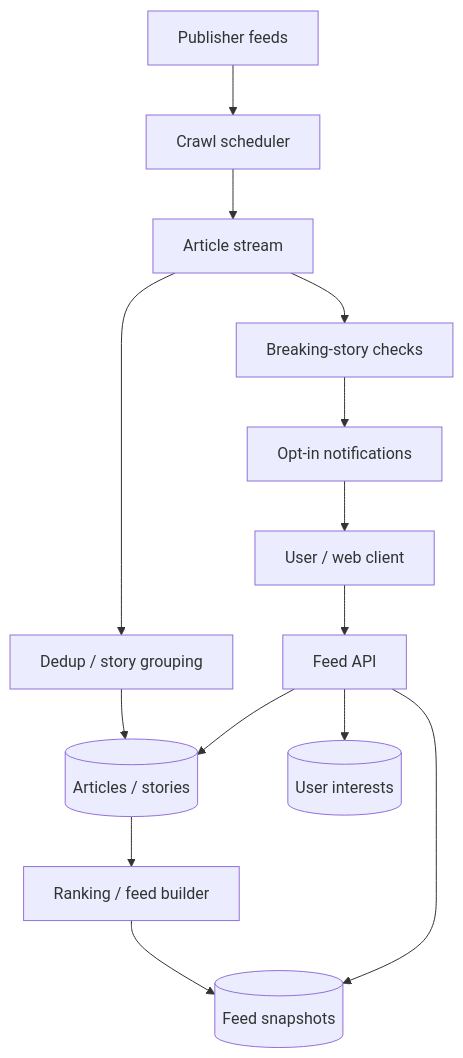
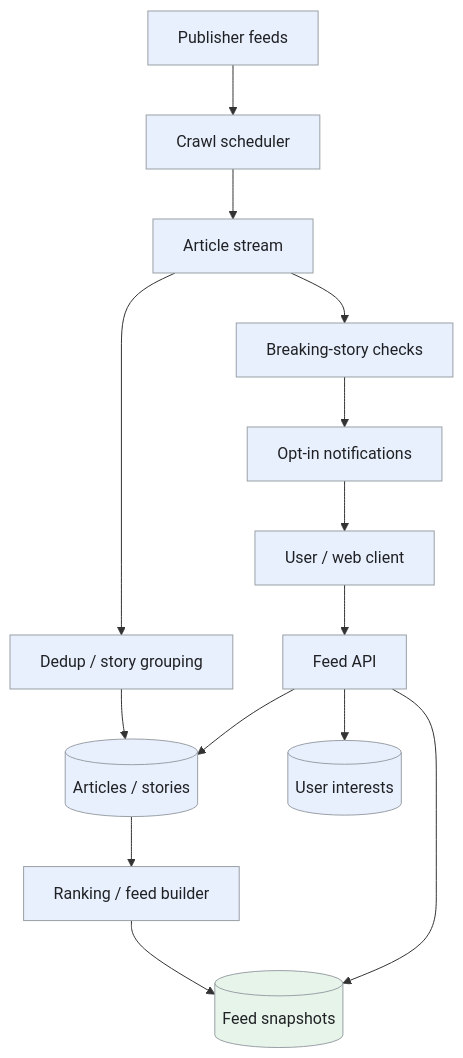
Before and after one commit to iliazlobin/iliazlobin.github.io: the first of 3 diagrams in _designs/system-design-google-news.md, drawn with Mermaid. The commit also changed other lines of this file and 20 other files, not shown here.

Commit message:
Improve design flows, tradeoffs, and technology references

````diff
--- a/_designs/system-design-google-news.md
+++ b/_designs/system-design-google-news.md
@@ -138,16 +138,21 @@
 ```mermaid
 flowchart TB
   PUB["Publisher feeds"] --> C["Crawl scheduler"]
   C --> E["Article stream"]
   E --> D["Dedup / story grouping"]
   D --> DB[("Articles / stories")]
   DB --> R["Ranking / feed builder"]
   R --> CACHE[("Feed snapshots")]
   U["User / web client"] --> API["Feed API"]
   API --> CACHE
   API --> DB
   API --> PROFILE[("User interests")]
   E --> BREAK["Breaking-story checks"]
   BREAK --> N["Opt-in notifications"]
   N --> U
+  classDef request fill:#e8f0fe,stroke:#9aa0a6,color:#202124,stroke-width:1px
+  classDef background fill:#e6f4ea,stroke:#9aa0a6,color:#202124,stroke-width:1px
+  classDef control fill:#fef7e0,stroke:#9aa0a6,color:#202124,stroke-width:1px
+  class PUB,C,E,D,DB,R,U,API,PROFILE,BREAK,N request
+  class CACHE background
 ```
````
